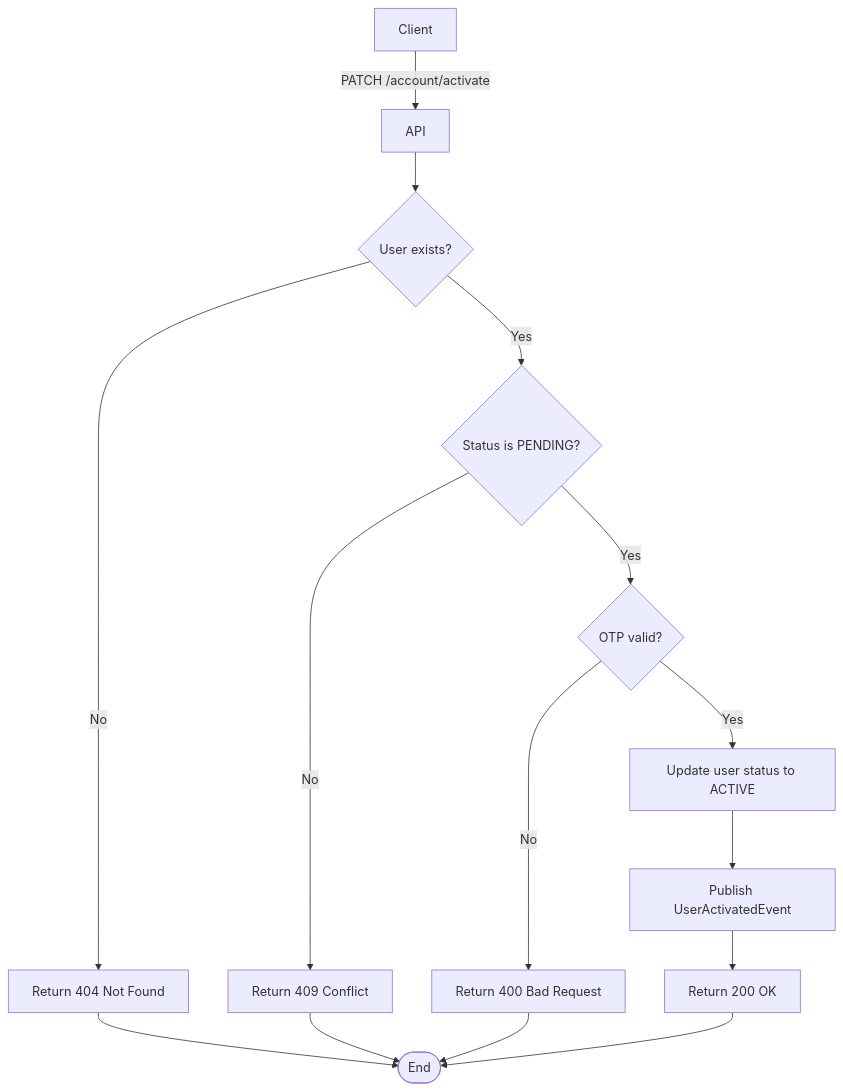
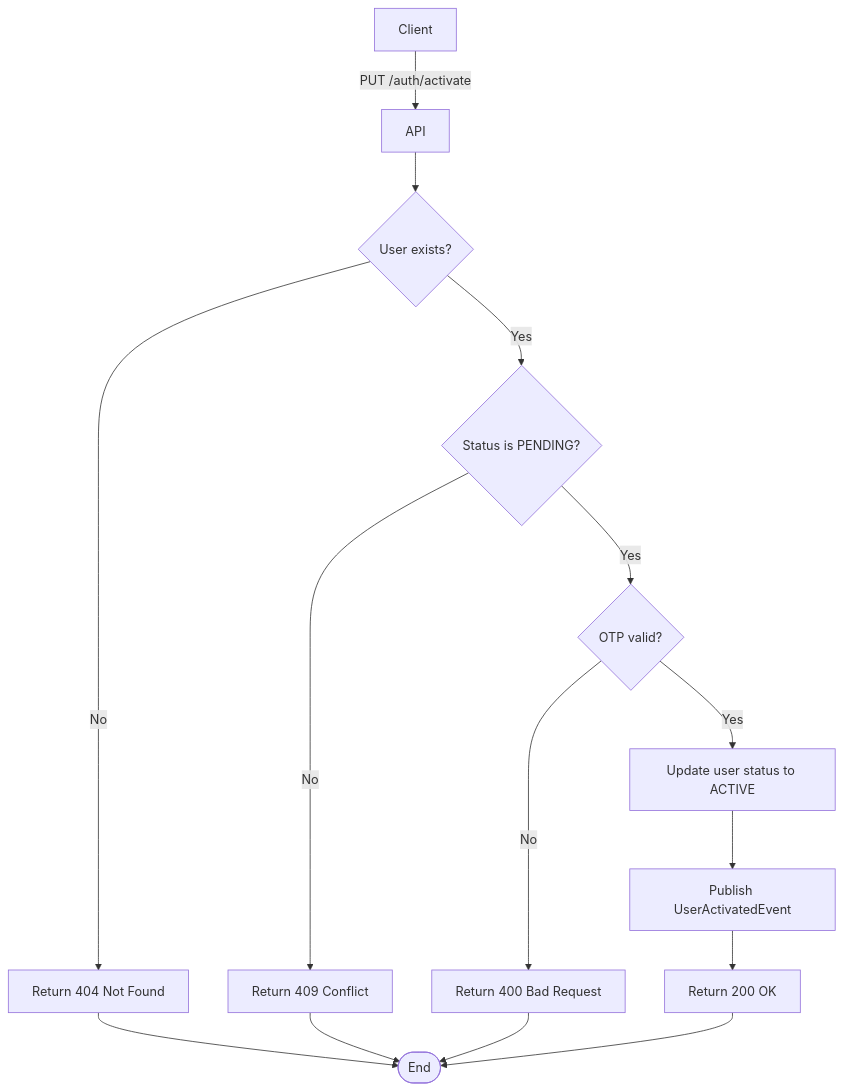
One commit to leandroluk/investor changed the diagram in apps/doc/src/content/api/auth/activate-user.mdx. Above: the diagram before and after it, drawn with Mermaid. The commit also changed other lines of this file and 132 other files, not shown here.

````diff
--- a/apps/doc/src/content/api/auth/activate-user.mdx
+++ b/apps/doc/src/content/api/auth/activate-user.mdx
@@ -31,17 +31,17 @@
 ```mermaid
 flowchart TD
-    A["Client"] -- "PATCH /account/activate" --> B["API"]
+    A["Client"] -- "PUT /auth/activate" --> B["API"]
     B --> C{"User exists?"}
     C -- "No" --> D["Return 404 Not Found"]
     D --> End([End])
     C -- "Yes" --> E{"Status is PENDING?"}
     E -- "No" --> F["Return 409 Conflict"]
     F --> End
     E -- "Yes" --> G{"OTP valid?"}
     G -- "No" --> H["Return 400 Bad Request"]
     H --> End
     G -- "Yes" --> I["Update user status to ACTIVE"]
     I --> J["Publish UserActivatedEvent"]
     J --> K["Return 200 OK"]
     K --> End
 ```
````
